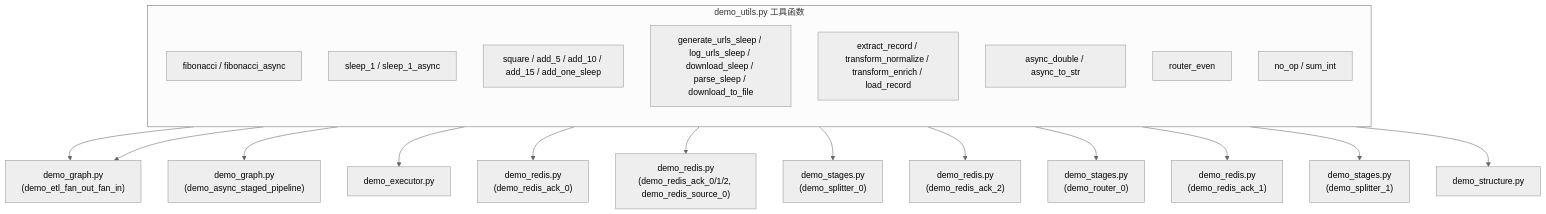
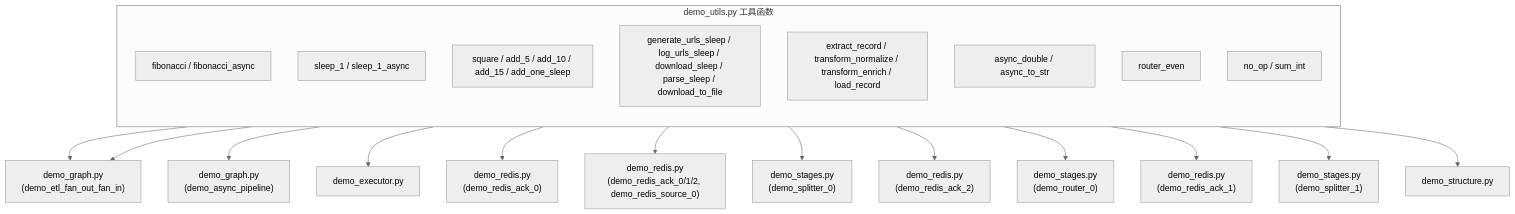
Before and after one commit to Mr-xiaotian/CelestialFlow: the diagram in docs/zh-CN/demo/demo_utils.md, drawn with Mermaid (neutral theme). The commit also changed other lines of this file and 41 other files, not shown here.

````diff
--- a/docs/zh-CN/demo/demo_utils.md
+++ b/docs/zh-CN/demo/demo_utils.md
@@ -13,27 +13,27 @@
 ```mermaid
 flowchart TD
     subgraph Utils["demo_utils.py 工具函数"]
         direction TB
         Fib["fibonacci / fibonacci_async"]
         Sleep1["sleep_1 / sleep_1_async"]
         Compute["square / add_5 / add_10 / add_15 / add_one_sleep"]
         Url["generate_urls_sleep / log_urls_sleep / download_sleep / parse_sleep / download_to_file"]
         ETL["extract_record / transform_normalize / transform_enrich / load_record"]
         Async["async_double / async_to_str"]
         Router["router_even"]
         Misc["no_op / sum_int"]
     end
 
     ETL --> Graph["demo_graph.py<br/>(demo_etl_fan_out_fan_in)"]
     Async --> Graph
-    Async --> GraphAsync["demo_graph.py<br/>(demo_async_staged_pipeline)"]
+    Async --> GraphAsync["demo_graph.py<br/>(demo_async_pipeline)"]
     Fib --> Executor["demo_executor.py"]
     Fib --> Redis0["demo_redis.py<br/>(demo_redis_ack_0)"]
     Sleep1 --> RedisDemo["demo_redis.py<br/>(demo_redis_ack_0/1/2, demo_redis_source_0)"]
     Url --> StagesSplitter0["demo_stages.py<br/>(demo_splitter_0)"]
     Url --> Redis2["demo_redis.py<br/>(demo_redis_ack_2)"]
     Router --> StagesRouter0["demo_stages.py<br/>(demo_router_0)"]
     Misc --> Redis1["demo_redis.py<br/>(demo_redis_ack_1)"]
     Misc --> StagesSplitter1["demo_stages.py<br/>(demo_splitter_1)"]
     Compute --> Structure["demo_structure.py"]
 ```
````
